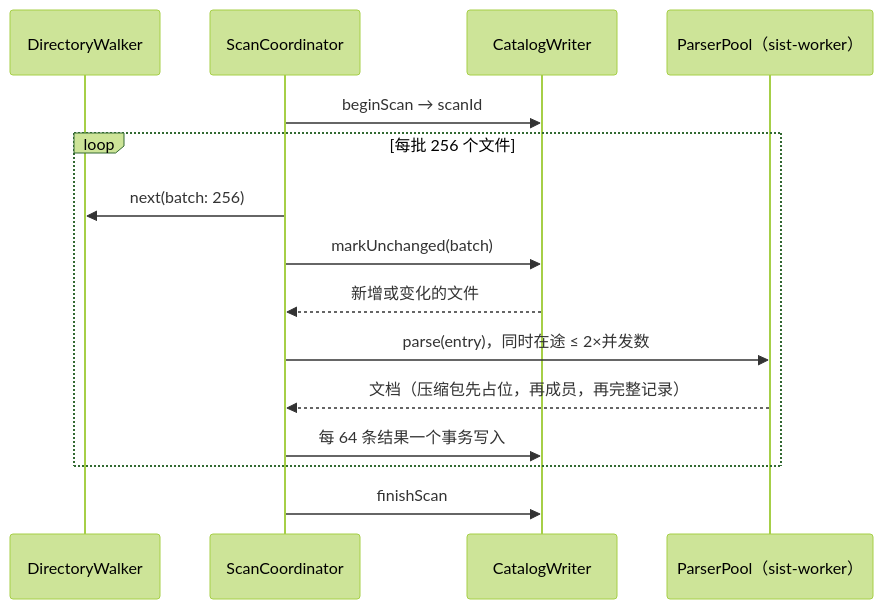
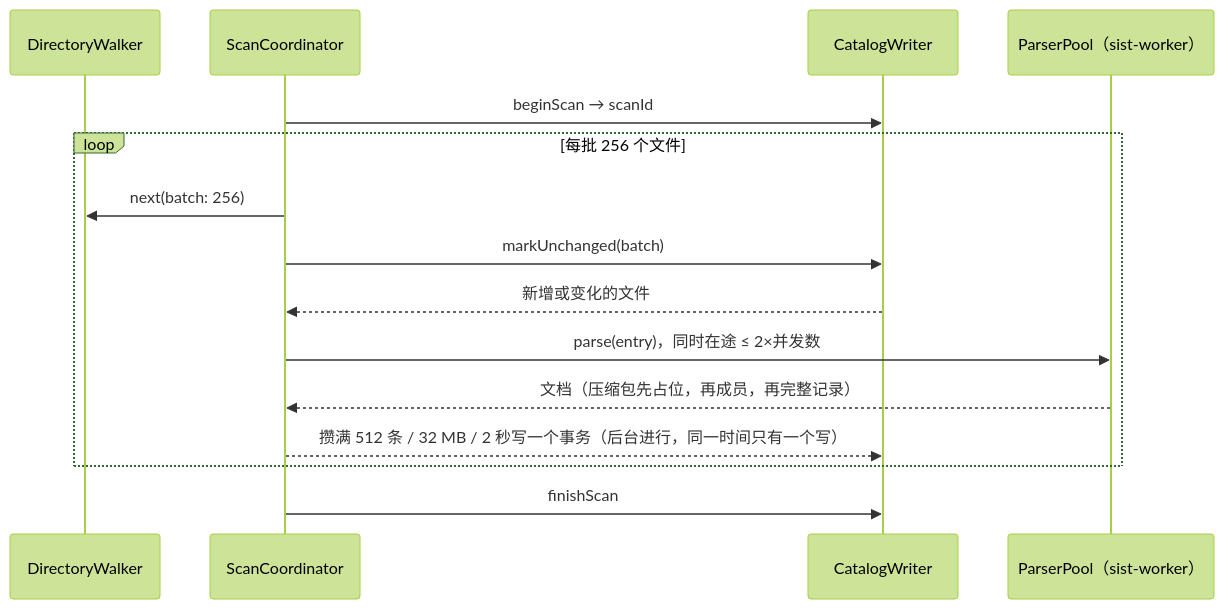
One commit to wuwei3618/sist2 changed the third of 3 diagrams in macos/docs/ARCHITECTURE.md. Above: the diagram before and after it, drawn with Mermaid (forest theme). The commit also changed other lines of this file and 8 other files, not shown here.

````diff
--- a/macos/docs/ARCHITECTURE.md
+++ b/macos/docs/ARCHITECTURE.md
@@ -158,17 +159,17 @@
 ```mermaid
 sequenceDiagram
     participant W as DirectoryWalker
     participant C as ScanCoordinator
     participant DB as CatalogWriter
     participant P as ParserPool（sist-worker）
     C->>DB: beginScan → scanId
     loop 每批 256 个文件
         C->>W: next(batch: 256)
         C->>DB: markUnchanged(batch)
         DB-->>C: 新增或变化的文件
         C->>P: parse(entry)，同时在途 ≤ 2×并发数
         P-->>C: 文档（压缩包先占位，再成员，再完整记录）
-        C->>DB: 每 64 条结果一个事务写入
+        C-->>DB: 攒满 512 条 / 32 MB / 2 秒写一个事务（后台进行，同一时间只有一个写）
     end
     C->>DB: finishScan
 ```
````
